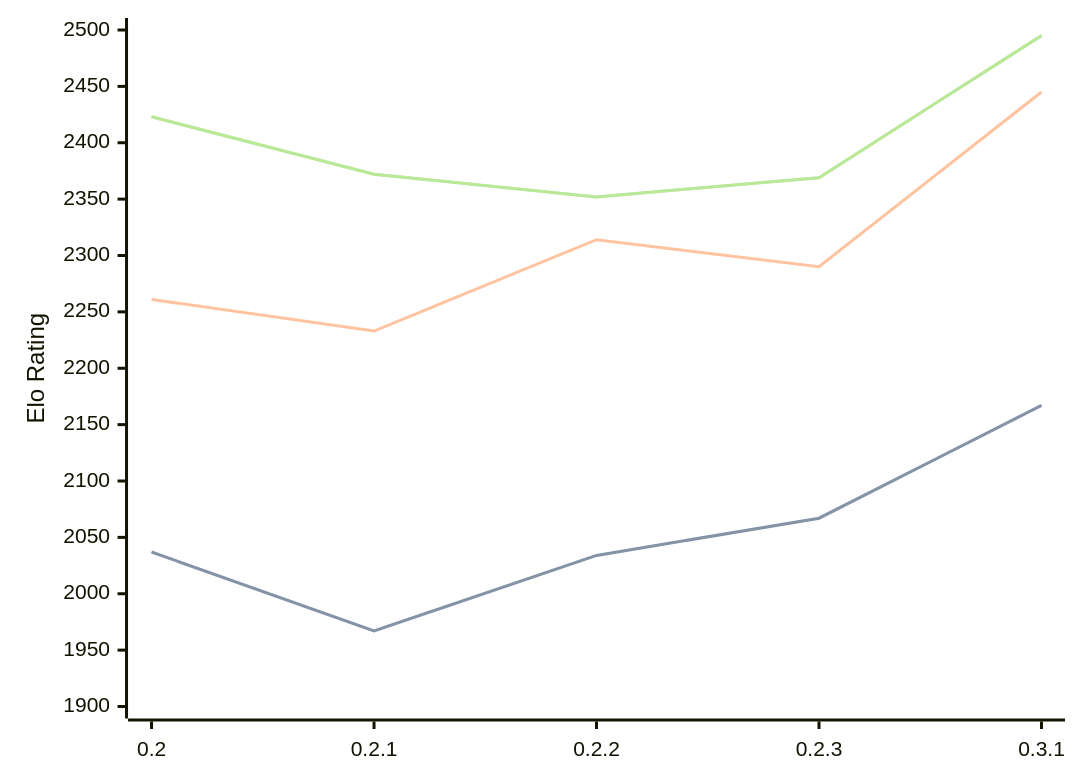
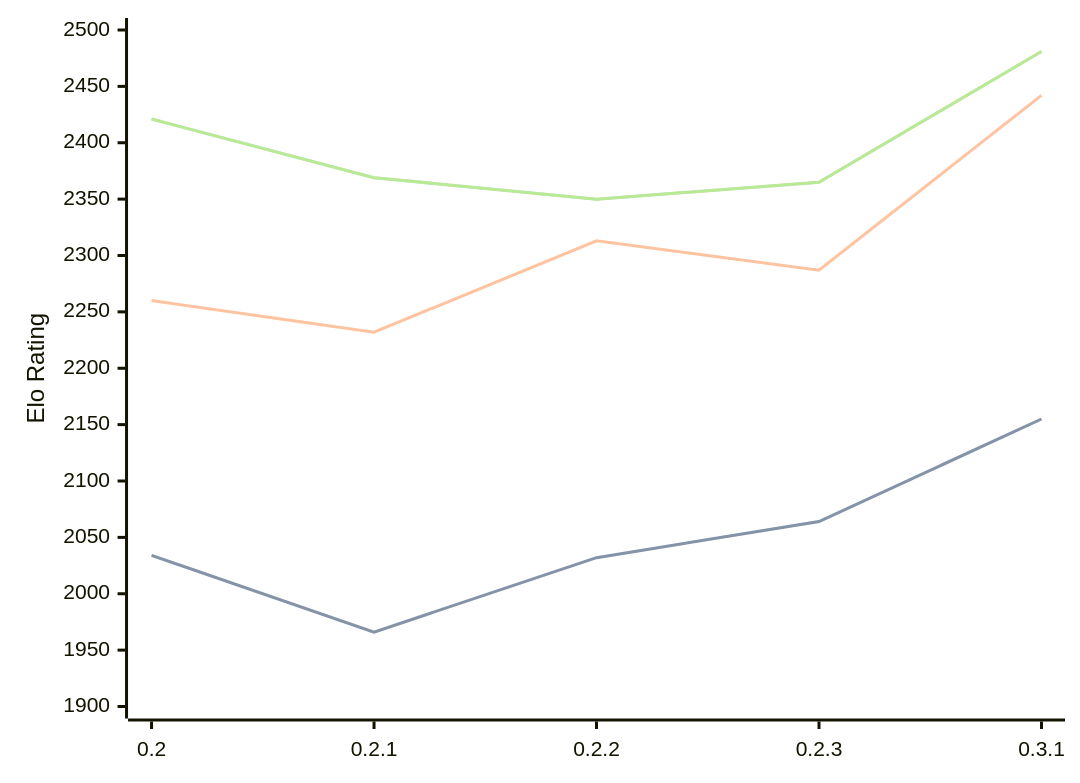
One commit to computer-chess-index/cci changed the diagram in engines/Lolbot.md. Above: the diagram before and after it, drawn with Mermaid. The commit also changed other lines of this file, not shown here.

Commit message:
Update CCI Ratings (ELO VLTC) - 2026-05-18

````diff
--- a/engines/Lolbot.md
+++ b/engines/Lolbot.md
@@ -36,11 +36,11 @@
 ```mermaid
 %%{init: {"theme":"base","themeVariables":{"seriesColors:['#a3a3a3','#222221','#faa371']}}}%%
 xychart-beta
   x-axis ["0.2", "0.2.1", "0.2.2", "0.2.3", "0.3.1"]
   y-axis "Elo Rating" 1900 --> 2500
-  line "STC (8.0+0.08s)" [2037, 1967, 2034, 2067, 2167]
-  line "STC (8.0+0.08s)" [2037, 1967, 2034, 2067, 2167]
-  line "LTC (60.0+0.60s)" [2261, 2233, 2314, 2290, 2445]
-  line "VLTC (2m24s+1.12s)" [2423, 2372, 2352, 2369, 2495]
-  line "VLTC (2m24s+1.12s)" [2423, 2372, 2352, 2369, 2495]
+  line "STC (8.0+0.08s)" [2034, 1966, 2032, 2064, 2155]
+  line "STC (8.0+0.08s)" [2034, 1966, 2032, 2064, 2155]
+  line "LTC (60.0+0.60s)" [2260, 2232, 2313, 2287, 2442]
+  line "VLTC (2m24s+1.12s)" [2421, 2369, 2350, 2365, 2481]
+  line "VLTC (2m24s+1.12s)" [2421, 2369, 2350, 2365, 2481]
 ```
````
